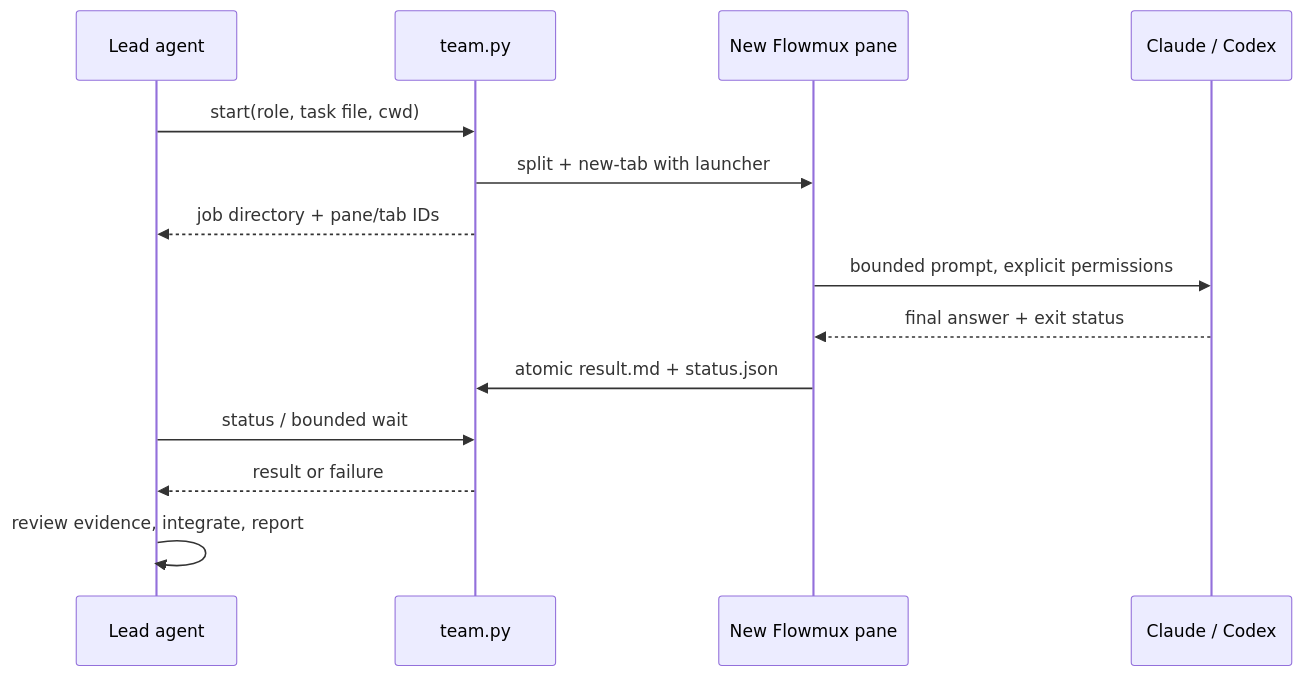
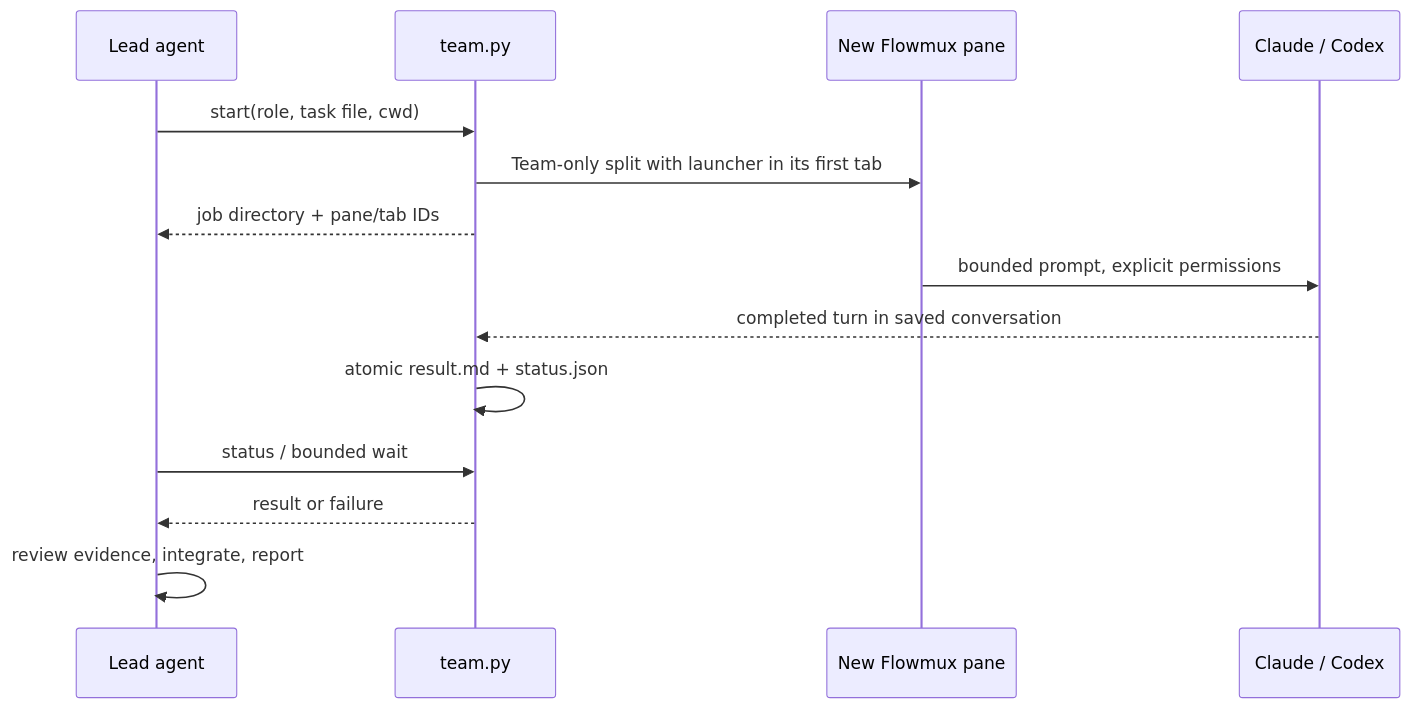
One commit to flowmux-ai/flowmux changed the diagram in docs/agent-teams.md. Above: the diagram before and after it, drawn with Mermaid. The commit also changed other lines of this file and 35 other files, not shown here.

First line of the commit message:
feat: add Team workspaces and harden interactive agent orchestration

````diff
--- a/docs/agent-teams.md
+++ b/docs/agent-teams.md
@@ -12,16 +12,16 @@
 ```mermaid
 sequenceDiagram
     participant Lead as Lead agent
     participant Helper as team.py
     participant Pane as New Flowmux pane
     participant Agent as Claude / Codex
     Lead->>Helper: start(role, task file, cwd)
-    Helper->>Pane: split + new-tab with launcher
+    Helper->>Pane: Team-only split with launcher in its first tab
     Helper-->>Lead: job directory + pane/tab IDs
     Pane->>Agent: bounded prompt, explicit permissions
-    Agent-->>Pane: final answer + exit status
-    Pane->>Helper: atomic result.md + status.json
+    Agent-->>Helper: completed turn in saved conversation
+    Helper->>Helper: atomic result.md + status.json
     Lead->>Helper: status / bounded wait
     Helper-->>Lead: result or failure
     Lead->>Lead: review evidence, integrate, report
 ```
````
